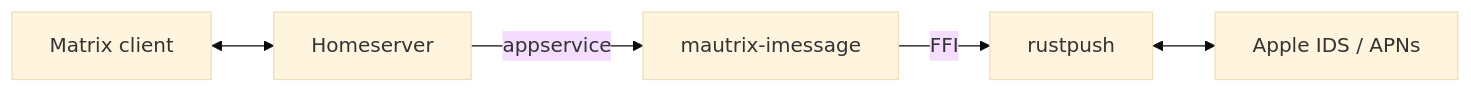
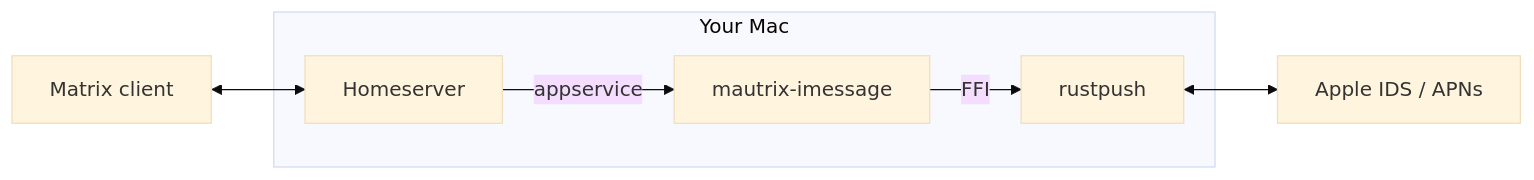
The first of 2 diagrams in README.md (jasonlaguidice/imessage), drawn with Mermaid (base theme) before and after one commit.

Commit message:
Self-hosted diagram: show everything running on your Mac

````diff
--- a/README.md
+++ b/README.md
@@ -108,7 +108,10 @@
 ```mermaid
 flowchart LR
-    Client[Matrix client] <--> HS[Homeserver]
-    HS -- appservice --> Bridge[mautrix-imessage]
-    Bridge -- FFI --> RP[rustpush]
+    subgraph Your Mac
+        HS[Homeserver]
+        HS -- appservice --> Bridge[mautrix-imessage]
+        Bridge -- FFI --> RP[rustpush]
+    end
+    Client[Matrix client] <--> HS
     RP <--> Apple[Apple IDS / APNs]
 ```
````
